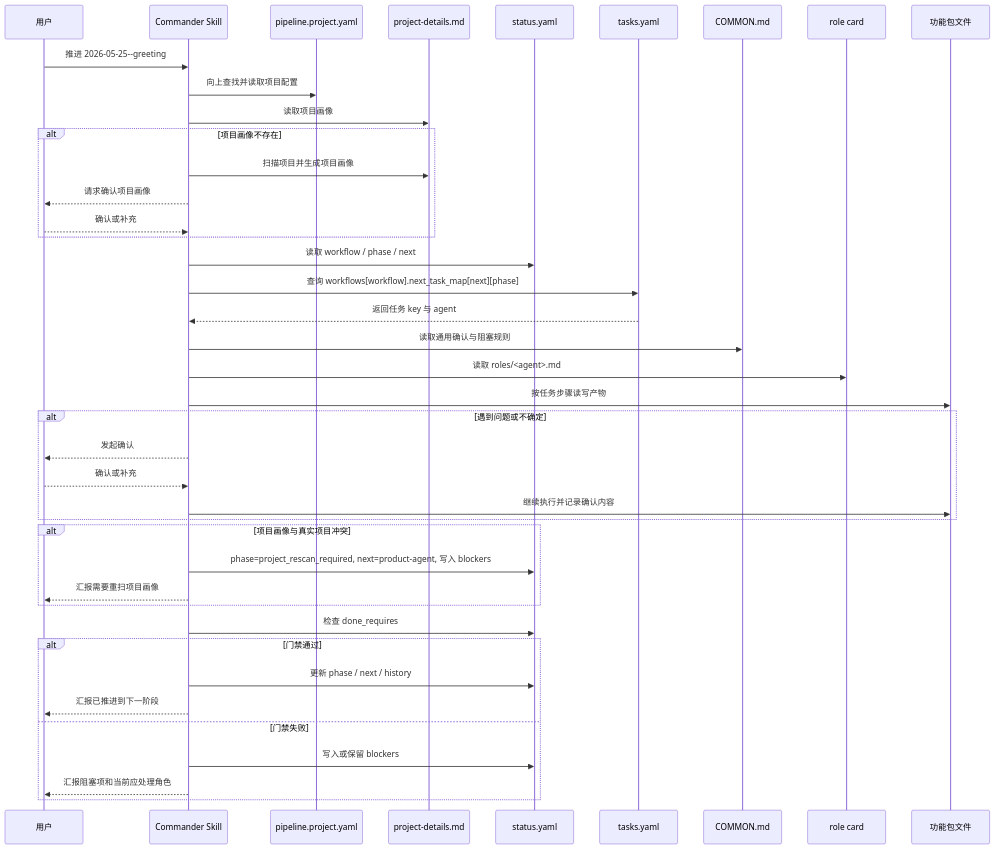
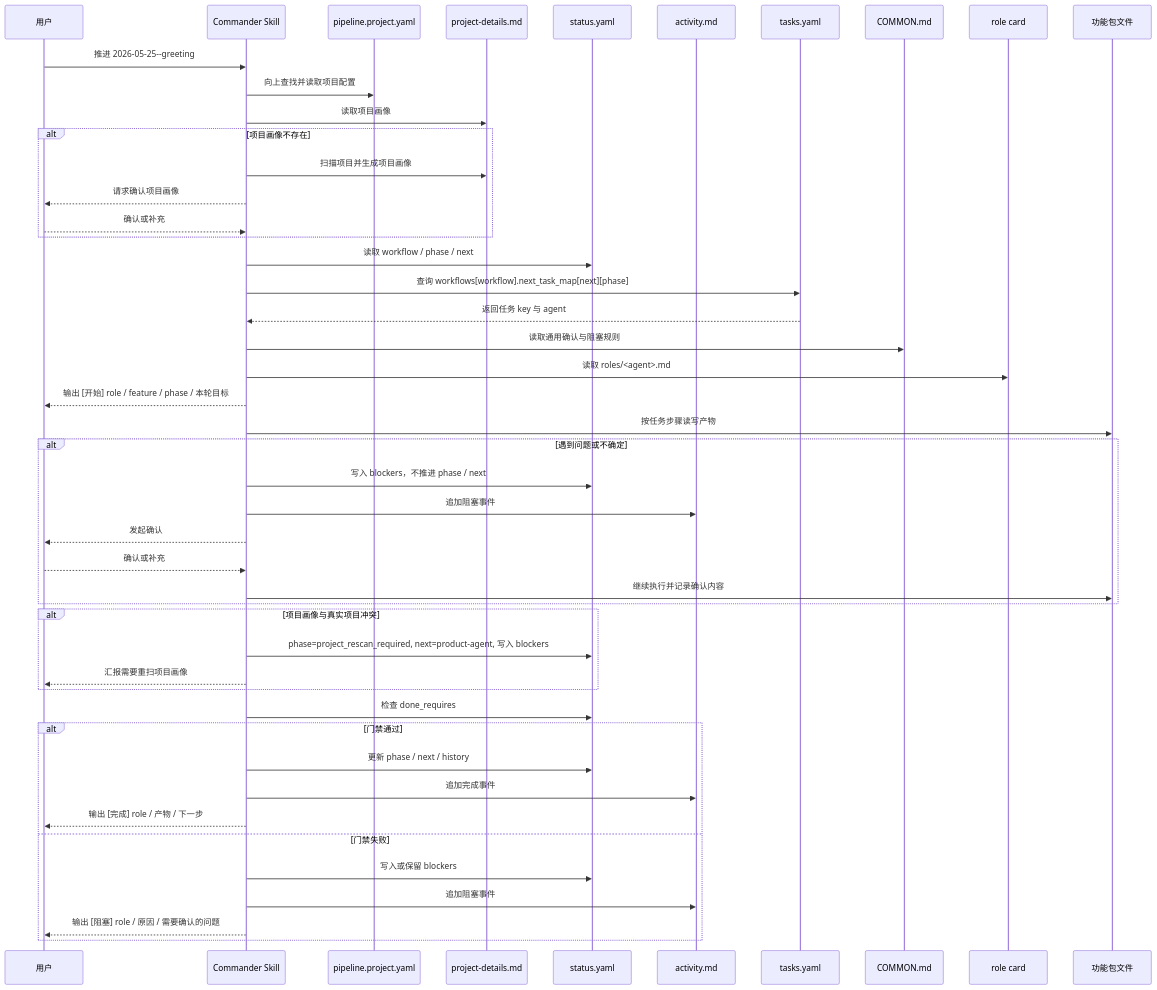
The second of 6 diagrams in docs/ARCHITECTURE.md (Jasmine-dong/skill_flow), drawn with Mermaid before and after one commit. The commit also changed other lines of this file and 9 other files, not shown here.

````diff
--- a/docs/ARCHITECTURE.md
+++ b/docs/ARCHITECTURE.md
@@ -40,44 +42,50 @@
 ```mermaid
 sequenceDiagram
   participant U as 用户
   participant C as Commander Skill
   participant P as pipeline.project.yaml
   participant K as project-details.md
   participant S as status.yaml
+  participant A as activity.md
   participant T as tasks.yaml
   participant G as COMMON.md
   participant R as role card
   participant F as 功能包文件
 
   U->>C: 推进 2026-05-25--greeting
   C->>P: 向上查找并读取项目配置
   C->>K: 读取项目画像
   alt 项目画像不存在
     C->>K: 扫描项目并生成项目画像
     C-->>U: 请求确认项目画像
     U-->>C: 确认或补充
   end
   C->>S: 读取 workflow / phase / next
   C->>T: 查询 workflows[workflow].next_task_map[next][phase]
   T-->>C: 返回任务 key 与 agent
   C->>G: 读取通用确认与阻塞规则
   C->>R: 读取 roles/<agent>.md
+  C-->>U: 输出 [开始] role / feature / phase / 本轮目标
   C->>F: 按任务步骤读写产物
   alt 遇到问题或不确定
+    C->>S: 写入 blockers，不推进 phase / next
+    C->>A: 追加阻塞事件
     C-->>U: 发起确认
     U-->>C: 确认或补充
     C->>F: 继续执行并记录确认内容
   end
   alt 项目画像与真实项目冲突
     C->>S: phase=project_rescan_required, next=product-agent, 写入 blockers
     C-->>U: 汇报需要重扫项目画像
   end
   C->>S: 检查 done_requires
   alt 门禁通过
     C->>S: 更新 phase / next / history
-    C-->>U: 汇报已推进到下一阶段
+    C->>A: 追加完成事件
+    C-->>U: 输出 [完成] role / 产物 / 下一步
   else 门禁失败
     C->>S: 写入或保留 blockers
-    C-->>U: 汇报阻塞项和当前应处理角色
+    C->>A: 追加阻塞事件
+    C-->>U: 输出 [阻塞] role / 原因 / 需要确认的问题
   end
 ```
````
